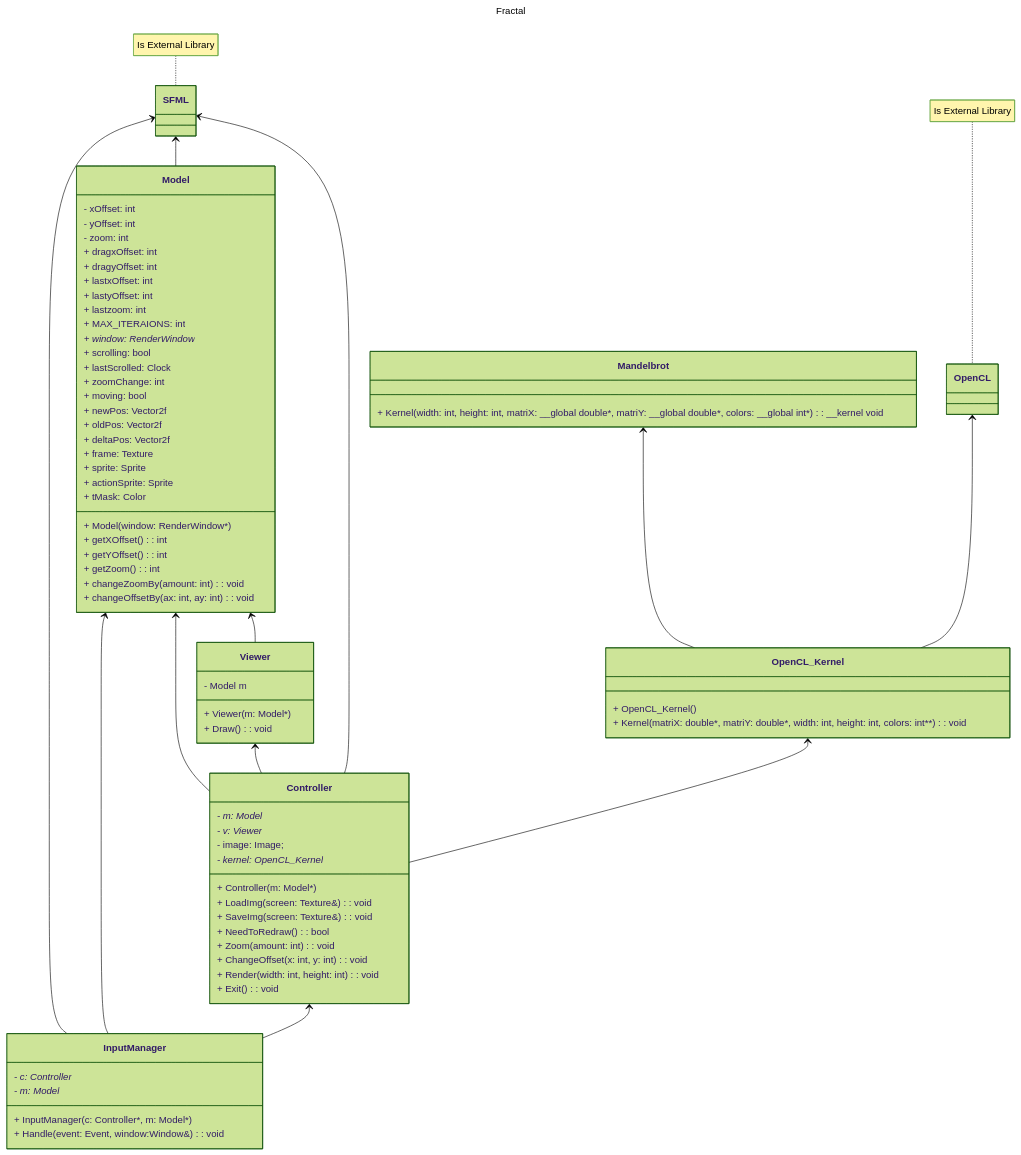
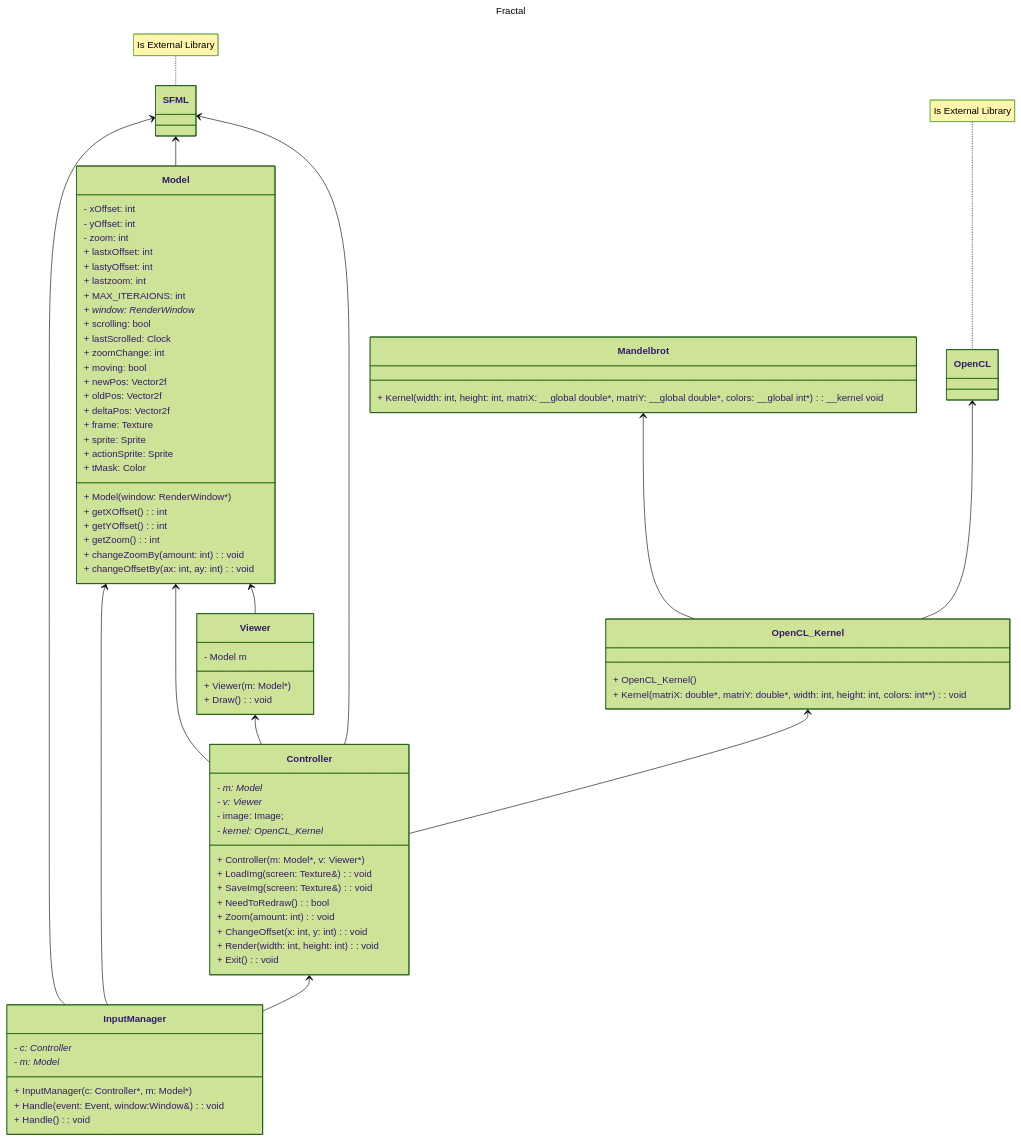
One commit to ChrisSchroeder01/Fractal changed the diagram in README.md. Above: the diagram before and after it, drawn with Mermaid (forest theme).

```diff
--- a/README.md
+++ b/README.md
@@ -40,9 +40,6 @@
         
         + changeZoomBy(amount: int): void
         + changeOffsetBy(ax: int, ay: int): void
-        
-        + dragxOffset: int
-        + dragyOffset: int
 
         + lastxOffset: int
         + lastyOffset: int
@@ -79,7 +76,7 @@
         - image: Image;
         - kernel: OpenCL_Kernel*
         
-        + Controller(m: Model*)
+        + Controller(m: Model*, v: Viewer*)
 
         + LoadImg(screen: Texture&): void
         + SaveImg(screen: Texture&): void
@@ -100,6 +97,7 @@
         + InputManager(c: Controller*, m: Model*)
 
 	      + Handle(event: Event, window:Window&): void
+	      + Handle(): void
     }
     
     class OpenCL_Kernel{
```
